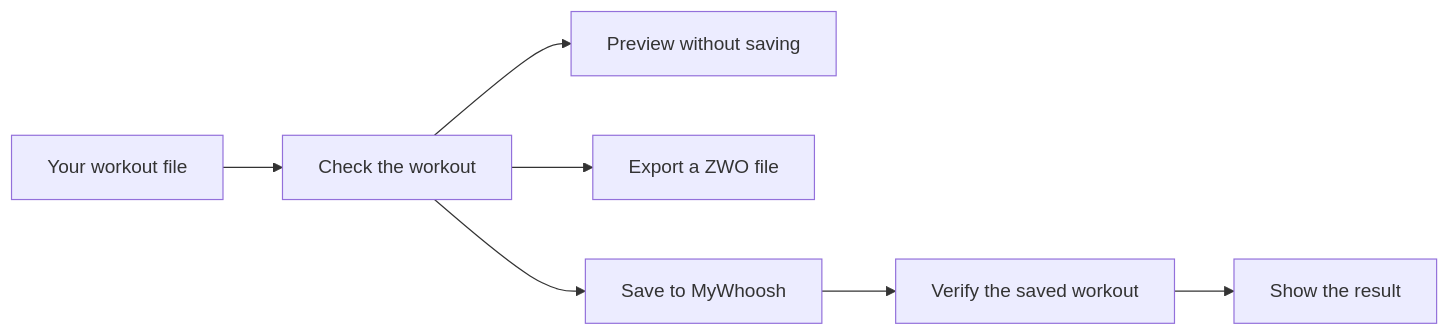
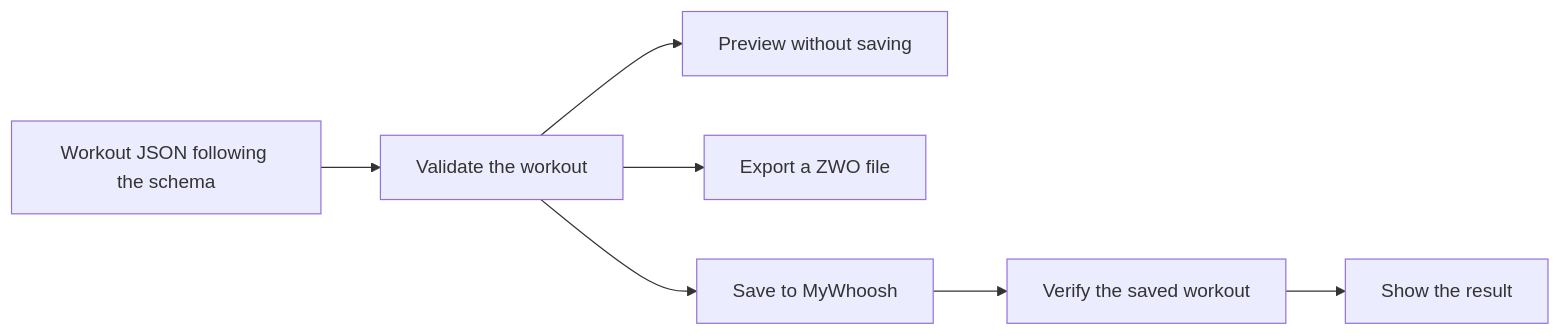
One commit to Puh00/whoosh-uploader changed the first of 2 diagrams in README.md. Above: the diagram before and after it, drawn with Mermaid. The commit also changed other lines of this file, not shown here.

Commit message:
Document workout schema and token login flow

````diff
--- a/README.md
+++ b/README.md
@@ -9,9 +9,9 @@
 ```mermaid
 flowchart LR
-    File["Your workout file"] --> Check["Check the workout"]
+    File["Workout JSON following the schema"] --> Check["Validate the workout"]
     Check --> Preview["Preview without saving"]
     Check --> Export["Export a ZWO file"]
     Check --> Upload["Save to MyWhoosh"]
     Upload --> Verify["Verify the saved workout"]
     Verify --> Result["Show the result"]
 ```
````
